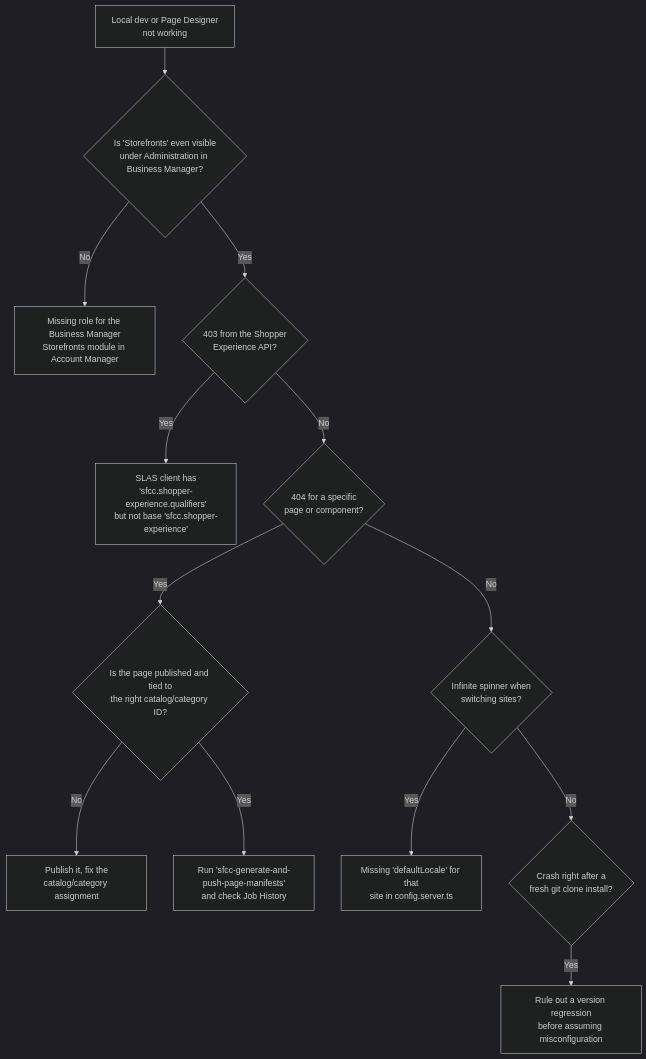
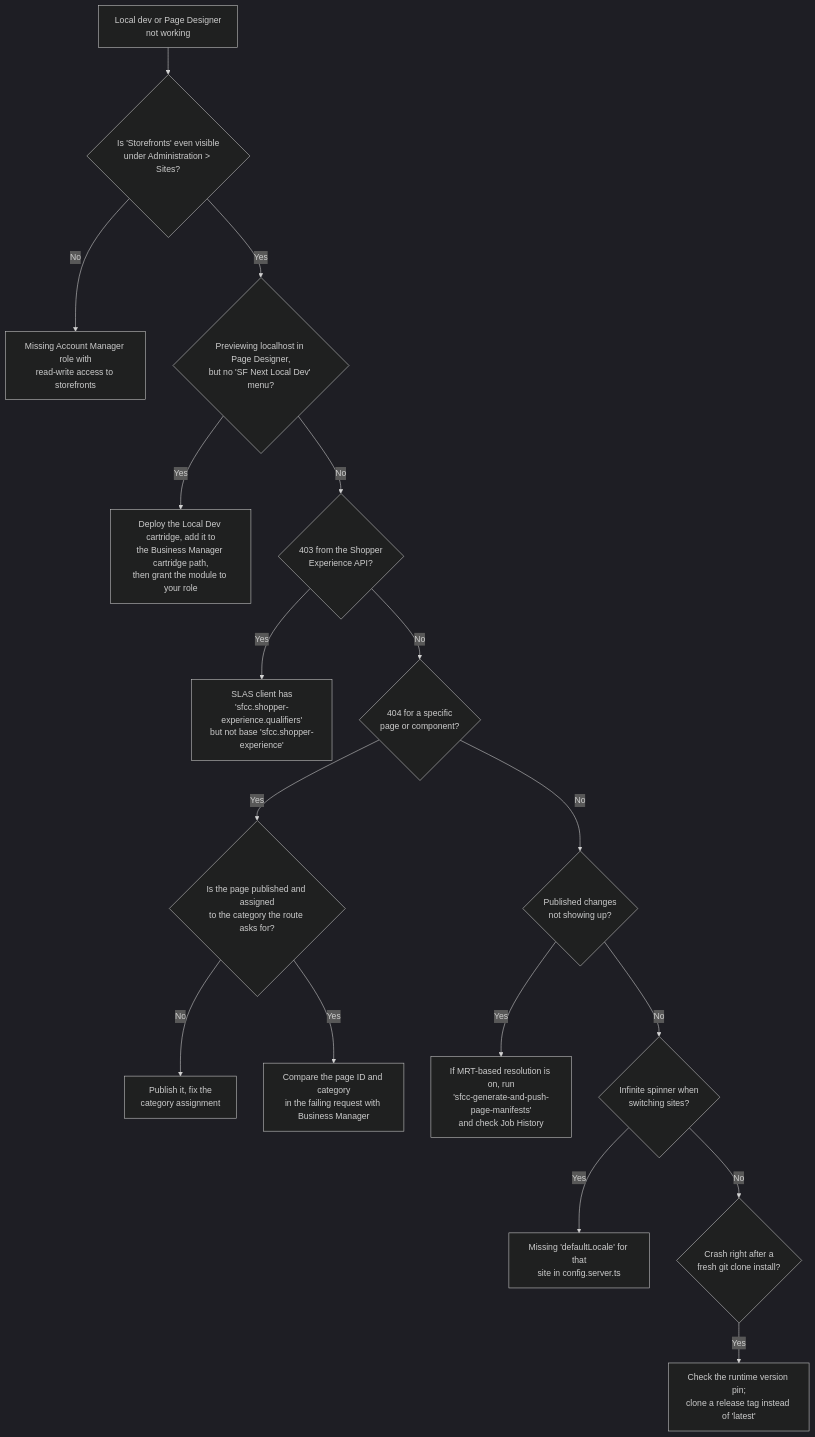
One commit to taurgis/rhino-inquisitor-com changed the first of 2 diagrams in src/content/posts/storefront-next-page-designer-troubleshooting-guide/index.md. Above: the diagram before and after it, drawn with Mermaid (dark theme). The commit also changed other lines of this file and 1 other file, not shown here.

First line of the commit message:
Correct Storefront Next Page Designer draft after deep fact-check

````diff
--- a/src/content/posts/storefront-next-page-designer-troubleshooting-guide/index.md
+++ b/src/content/posts/storefront-next-page-designer-troubleshooting-guide/index.md
@@ -37,15 +37,19 @@
 ```mermaid
 flowchart TD
-    Start["Local dev or Page Designer\nnot working"] --> Q1{"Is 'Storefronts' even visible\nunder Administration in Business Manager?"}
-    Q1 -- No --> A1["Missing role for the Business Manager\nStorefronts module in Account Manager"]
-    Q1 -- Yes --> Q2{"403 from the Shopper\nExperience API?"}
+    Start["Local dev or Page Designer\nnot working"] --> Q1{"Is 'Storefronts' even visible\nunder Administration > Sites?"}
+    Q1 -- No --> A1["Missing Account Manager role with\nread-write access to storefronts"]
+    Q1 -- Yes --> Q1b{"Previewing localhost in Page Designer,\nbut no 'SF Next Local Dev' menu?"}
+    Q1b -- Yes --> A1b["Deploy the Local Dev cartridge, add it to\nthe Business Manager cartridge path,\nthen grant the module to your role"]
+    Q1b -- No --> Q2{"403 from the Shopper\nExperience API?"}
     Q2 -- Yes --> A2["SLAS client has\n'sfcc.shopper-experience.qualifiers'\nbut not base 'sfcc.shopper-experience'"]
     Q2 -- No --> Q3{"404 for a specific\npage or component?"}
-    Q3 -- Yes --> Q4{"Is the page published and tied to\nthe right catalog/category ID?"}
-    Q4 -- No --> A3["Publish it, fix the\ncatalog/category assignment"]
-    Q4 -- Yes --> A4["Run 'sfcc-generate-and-push-page-manifests'\nand check Job History"]
-    Q3 -- No --> Q5{"Infinite spinner when\nswitching sites?"}
+    Q3 -- Yes --> Q4{"Is the page published and assigned\nto the category the route asks for?"}
+    Q4 -- No --> A3["Publish it, fix the\ncategory assignment"]
+    Q4 -- Yes --> A4["Compare the page ID and category\nin the failing request with Business Manager"]
+    Q3 -- No --> Q7{"Published changes\nnot showing up?"}
+    Q7 -- Yes --> A7["If MRT-based resolution is on, run\n'sfcc-generate-and-push-page-manifests'\nand check Job History"]
+    Q7 -- No --> Q5{"Infinite spinner when\nswitching sites?"}
     Q5 -- Yes --> A5["Missing 'defaultLocale' for that\nsite in config.server.ts"]
     Q5 -- No --> Q6{"Crash right after a\nfresh git clone install?"}
-    Q6 -- Yes --> A6["Rule out a version regression\nbefore assuming misconfiguration"]
+    Q6 -- Yes --> A6["Check the runtime version pin;\nclone a release tag instead of 'latest'"]
 ```
````
